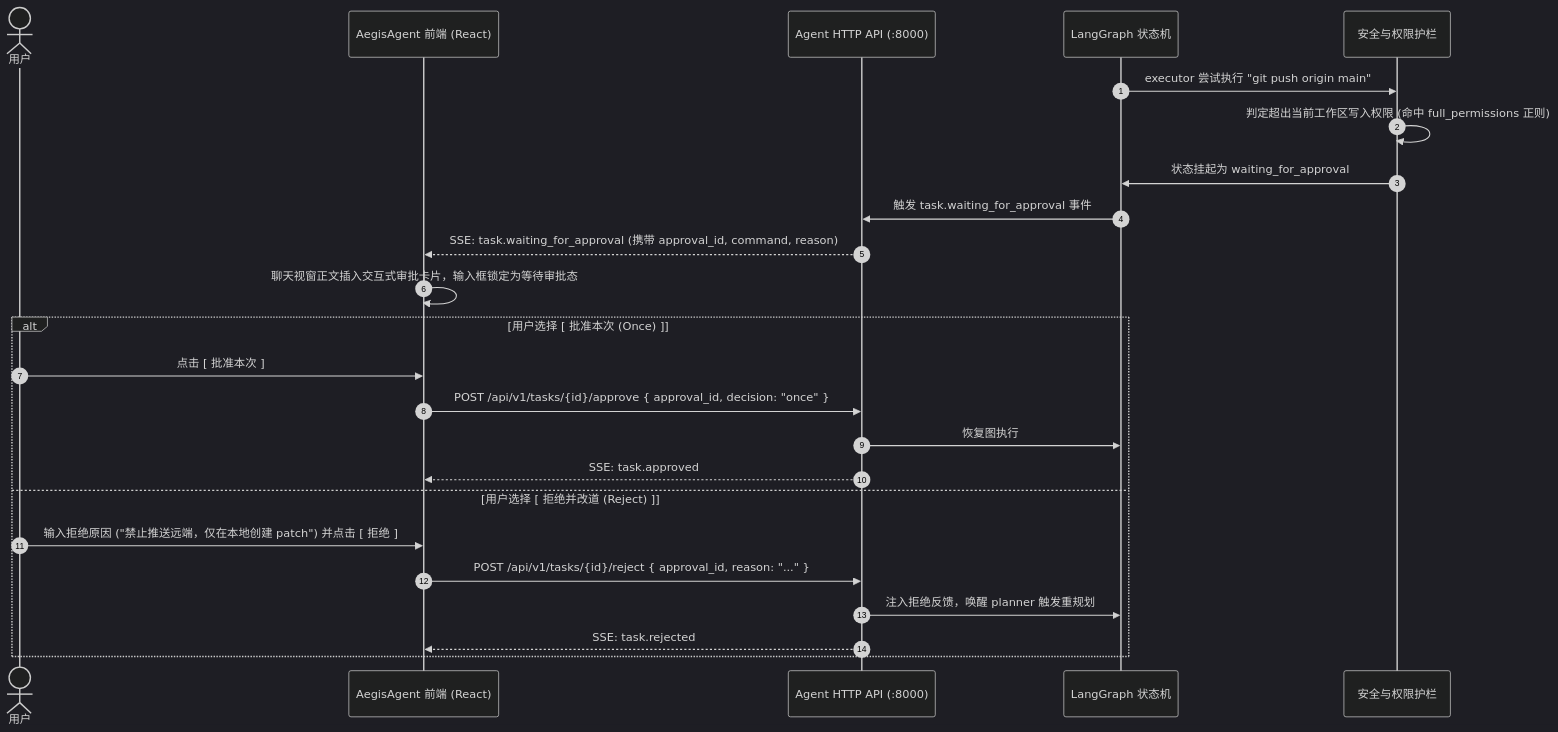
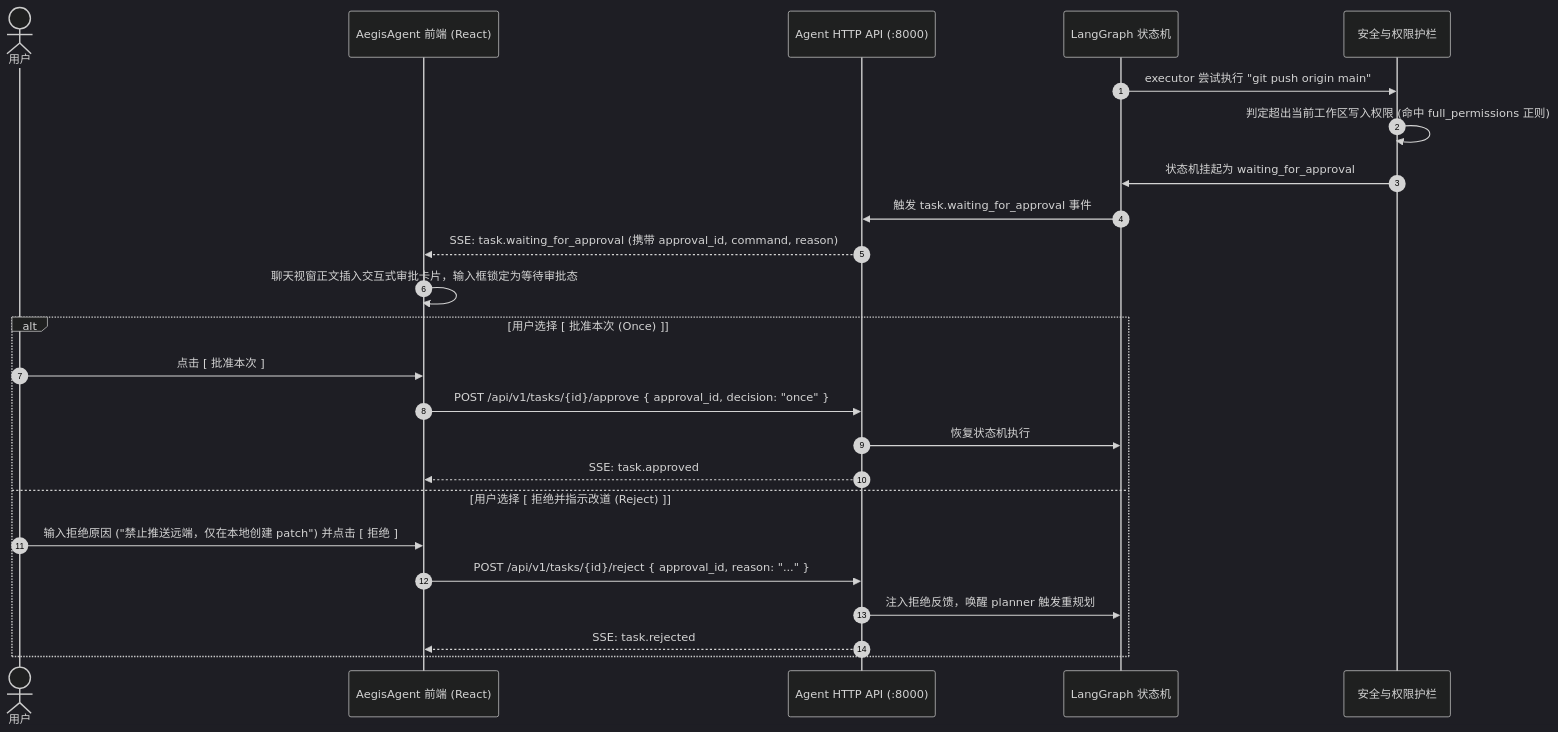
The second of 2 diagrams in documents/frontend_design.md (MakinoharaShokosans/Aegis), drawn with Mermaid (dark theme) before and after one commit. The commit also changed other lines of this file, not shown here.

````diff
--- a/documents/frontend_design.md
+++ b/documents/frontend_design.md
@@ -225,29 +242,29 @@
 ```mermaid
 sequenceDiagram
     autonumber
     actor User as 用户
     participant UI as AegisAgent 前端 (React)
     participant API as Agent HTTP API (:8000)
     participant Engine as LangGraph 状态机
     participant Guard as 安全与权限护栏
 
     Engine->>Guard: executor 尝试执行 "git push origin main"
     Guard->>Guard: 判定超出当前工作区写入权限 (命中 full_permissions 正则)
-    Guard->>Engine: 状态挂起为 waiting_for_approval
+    Guard->>Engine: 状态机挂起为 waiting_for_approval
     Engine->>API: 触发 task.waiting_for_approval 事件
     API-->>UI: SSE: task.waiting_for_approval (携带 approval_id, command, reason)
     
     UI->>UI: 聊天视窗正文插入交互式审批卡片，输入框锁定为等待审批态
     
     alt 用户选择 [ 批准本次 (Once) ]
         User->>UI: 点击 [ 批准本次 ]
         UI->>API: POST /api/v1/tasks/{id}/approve { approval_id, decision: "once" }
-        API->>Engine: 恢复图执行
+        API->>Engine: 恢复状态机执行
         API-->>UI: SSE: task.approved
-    else 用户选择 [ 拒绝并改道 (Reject) ]
+    else 用户选择 [ 拒绝并指示改道 (Reject) ]
         User->>UI: 输入拒绝原因 ("禁止推送远端，仅在本地创建 patch") 并点击 [ 拒绝 ]
         UI->>API: POST /api/v1/tasks/{id}/reject { approval_id, reason: "..." }
         API->>Engine: 注入拒绝反馈，唤醒 planner 触发重规划
         API-->>UI: SSE: task.rejected
     end
 ```
````
